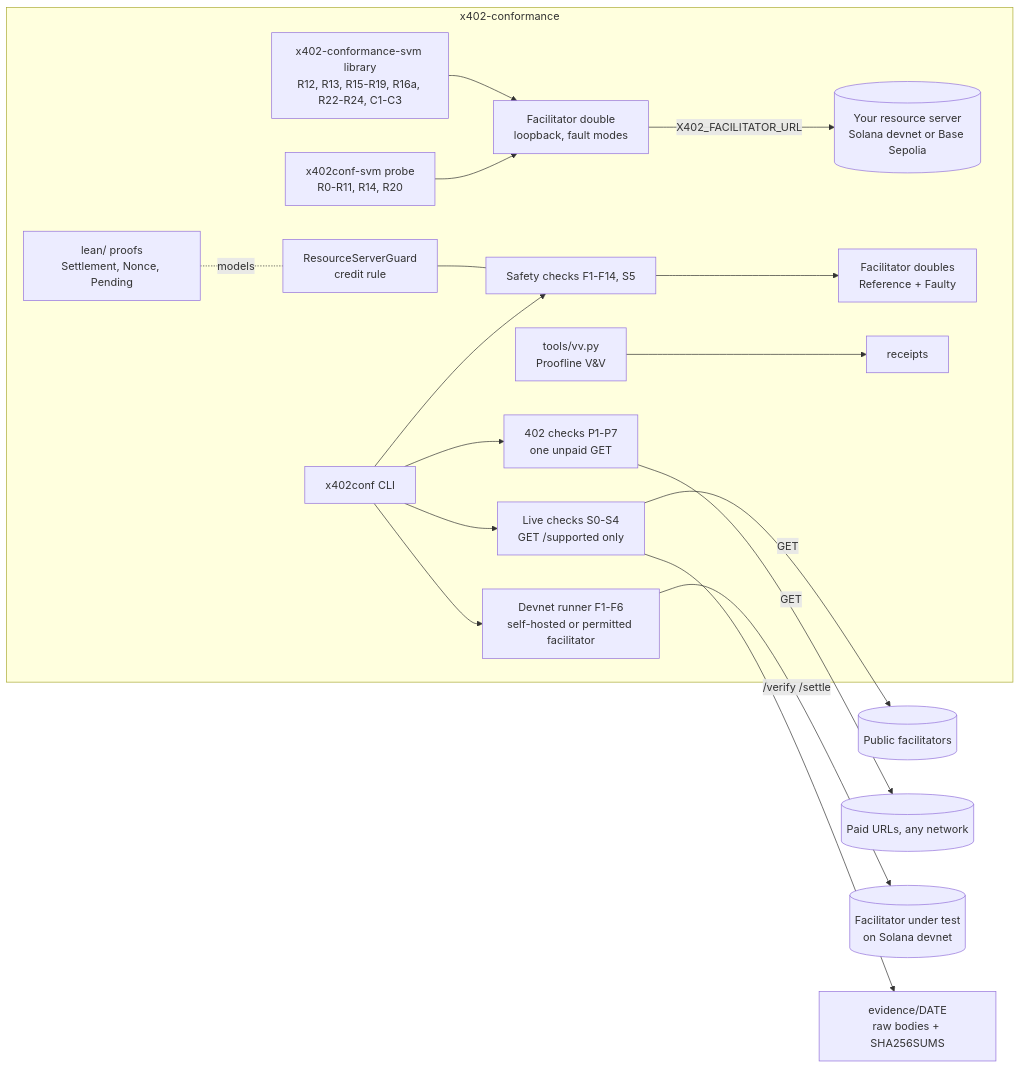
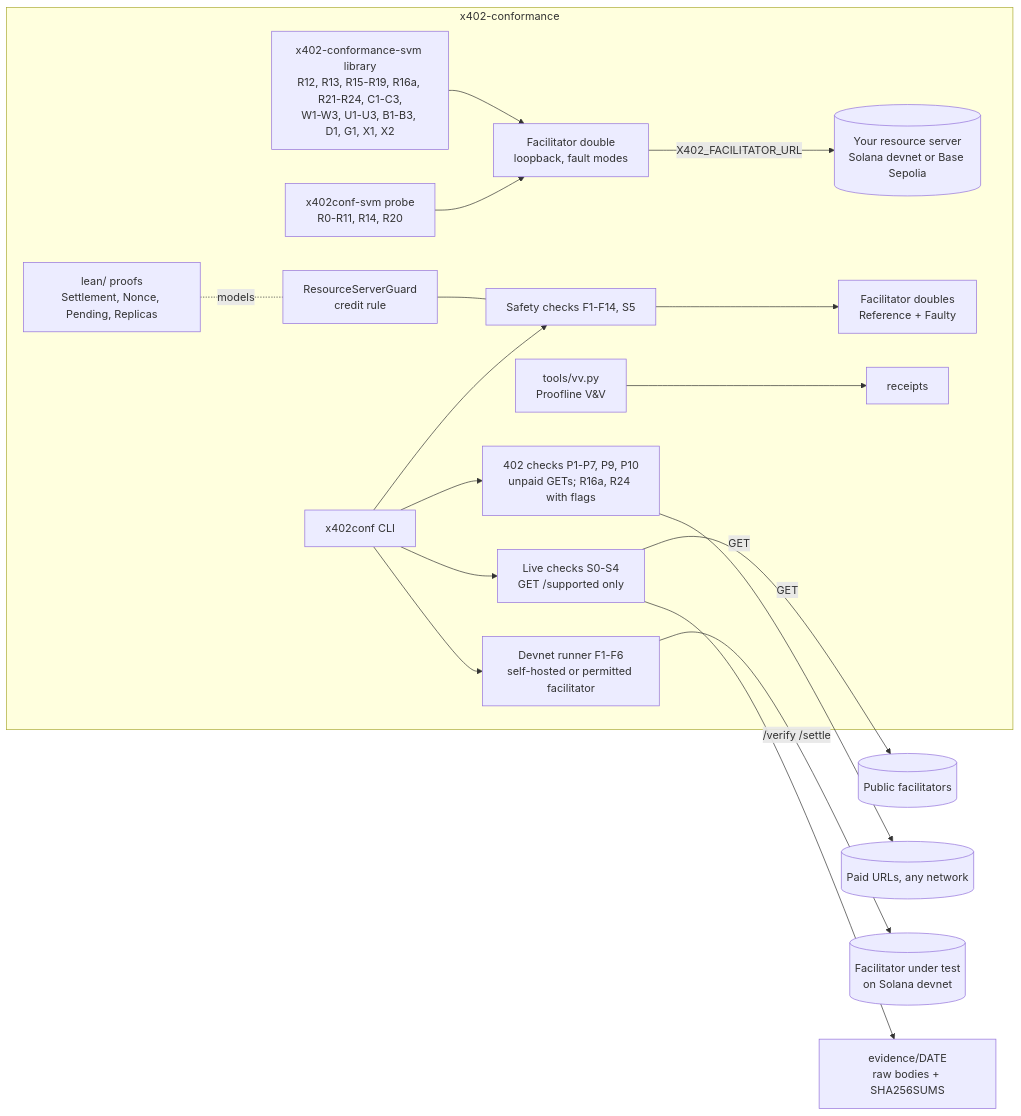
The diagram in docs/ARCHITECTURE.md (atsp-protocol/x402-conformance), drawn with Mermaid before and after one commit. The commit also changed other lines of this file and 14 other files, not shown here.

````diff
--- a/docs/ARCHITECTURE.md
+++ b/docs/ARCHITECTURE.md
@@ -5,20 +7,20 @@
 ```mermaid
 flowchart LR
   subgraph suite[x402-conformance]
     CLI[x402conf CLI] --> LIVE[Live checks S0-S4<br/>GET /supported only]
-    CLI --> RES[402 checks P1-P7<br/>one unpaid GET]
+    CLI --> RES[402 checks P1-P7, P9, P10<br/>unpaid GETs; R16a, R24 with flags]
     PROBE[x402conf-svm probe<br/>R0-R11, R14, R20] --> DBL[Facilitator double<br/>loopback, fault modes]
-    LIB[x402-conformance-svm library<br/>R12, R13, R15-R19, R16a, R22-R24, C1-C3] --> DBL
+    LIB[x402-conformance-svm library<br/>R12, R13, R15-R19, R16a, R21-R24, C1-C3,<br/>W1-W3, U1-U3, B1-B3, D1, G1, X1, X2] --> DBL
     DBL -->|X402_FACILITATOR_URL| RS[(Your resource server<br/>Solana devnet or Base Sepolia)]
     CLI --> OFF[Safety checks F1-F14, S5]
     OFF --> DOUBLES[Facilitator doubles<br/>Reference + Faulty]
     CLI --> DEVNET[Devnet runner F1-F6<br/>self-hosted or permitted facilitator]
     GUARD[ResourceServerGuard<br/>credit rule] --- OFF
-    LEAN[lean/ proofs<br/>Settlement, Nonce, Pending] -. models .- GUARD
+    LEAN[lean/ proofs<br/>Settlement, Nonce, Pending, Replicas] -. models .- GUARD
     VV[tools/vv.py<br/>Proofline V&V] --> RCPT[receipts]
   end
   LIVE -->|GET| PUB[(Public facilitators)]
   RES -->|GET| PAID[(Paid URLs, any network)]
   DEVNET -->|/verify /settle| OWN[(Facilitator under test<br/>on Solana devnet)]
   LIVE --> EVID[evidence/DATE<br/>raw bodies + SHA256SUMS]
 ```
````
